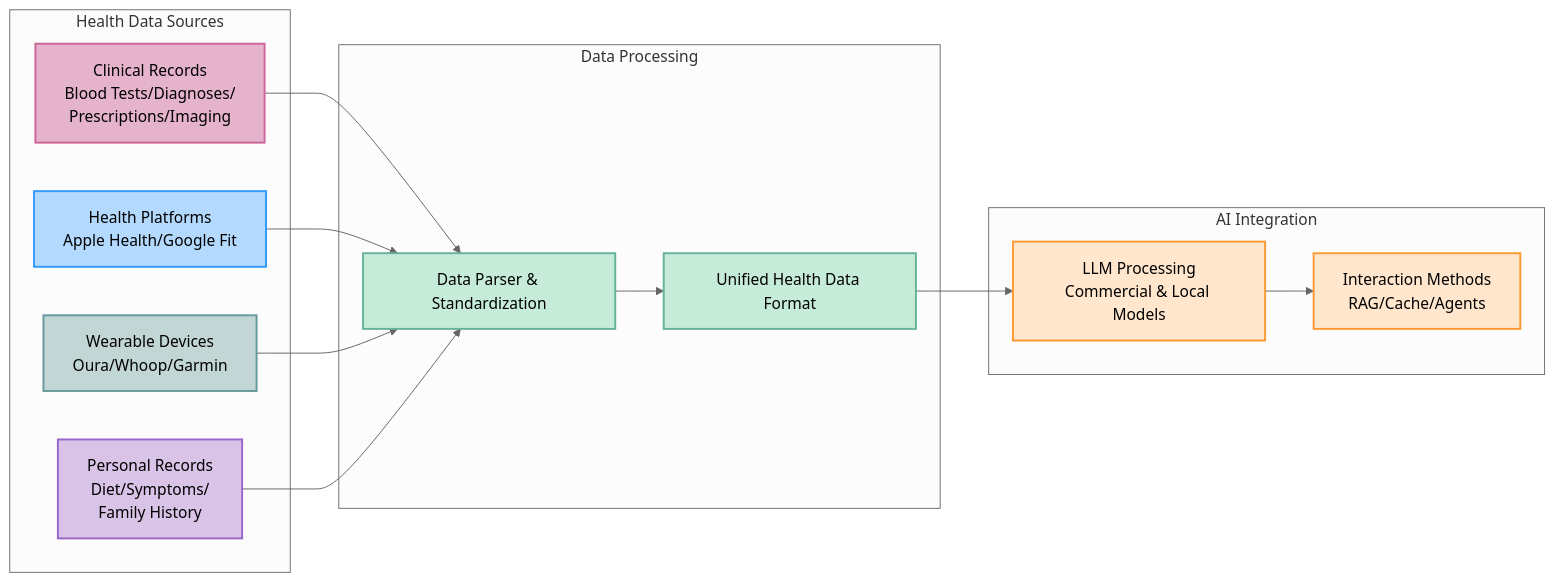
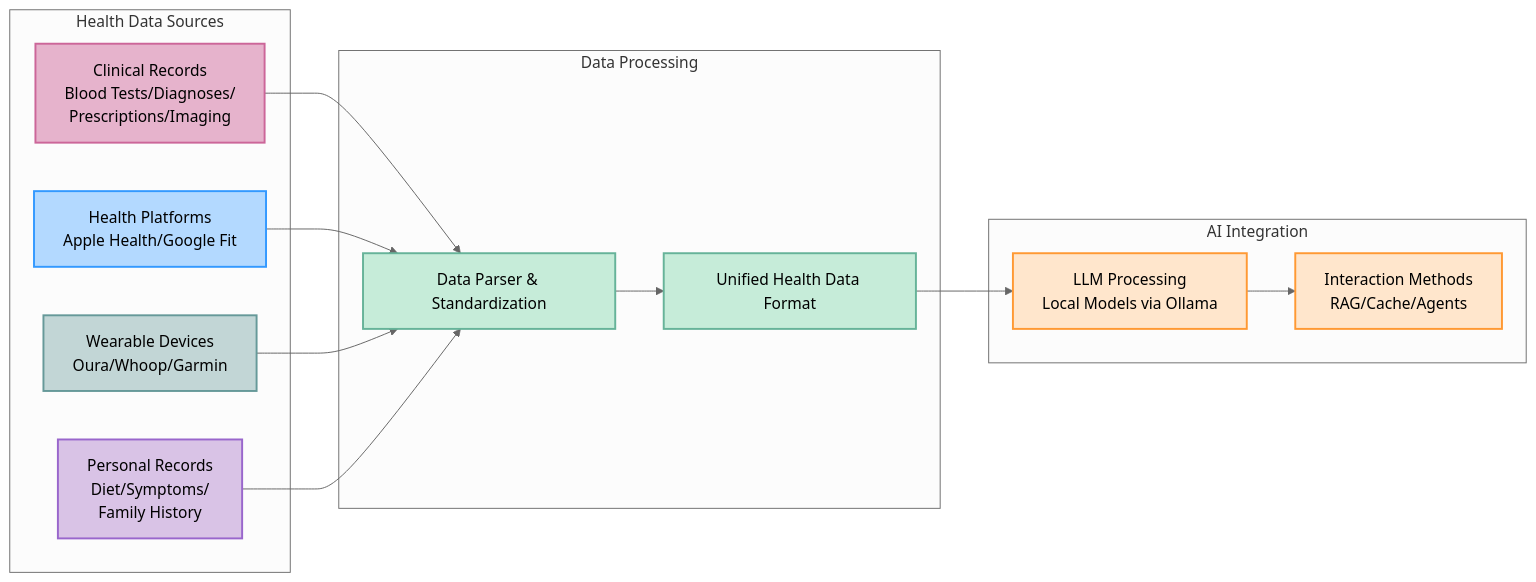
One commit to bisonbet/open-health changed the diagram in README.md. Above: the diagram before and after it, drawn with Mermaid (neutral theme). The commit also changed other lines of this file, not shown here.

````diff
--- a/README.md
+++ b/README.md
@@ -69,37 +66,37 @@
 ```mermaid
 graph LR
     subgraph Health Data Sources
         A1[Clinical Records<br>Blood Tests/Diagnoses/<br>Prescriptions/Imaging]
         A2[Health Platforms<br>Apple Health/Google Fit]
         A3[Wearable Devices<br>Oura/Whoop/Garmin]
         A4[Personal Records<br>Diet/Symptoms/<br>Family History]
     end
 
     subgraph Data Processing
         B1[Data Parser & Standardization]
         B2[Unified Health Data Format]
     end
 
     subgraph AI Integration
-        C1[LLM Processing<br>Commercial & Local Models]
+        C1[LLM Processing<br>Local Models via Ollama]
         C2[Interaction Methods<br>RAG/Cache/Agents]
     end
 
     A1 & A2 & A3 & A4 --> B1
     B1 --> B2
     B2 --> C1
     C1 --> C2
 
     style A1 fill:#e6b3cc,stroke:#cc6699,stroke-width:2px,color:#000
     style A2 fill:#b3d9ff,stroke:#3399ff,stroke-width:2px,color:#000
     style A3 fill:#c2d6d6,stroke:#669999,stroke-width:2px,color:#000
     style A4 fill:#d9c3e6,stroke:#9966cc,stroke-width:2px,color:#000
     
     style B1 fill:#c6ecd9,stroke:#66b399,stroke-width:2px,color:#000
     style B2 fill:#c6ecd9,stroke:#66b399,stroke-width:2px,color:#000
     
     style C1 fill:#ffe6cc,stroke:#ff9933,stroke-width:2px,color:#000
     style C2 fill:#ffe6cc,stroke:#ff9933,stroke-width:2px,color:#000
 
     classDef default color:#000
 ```
````
